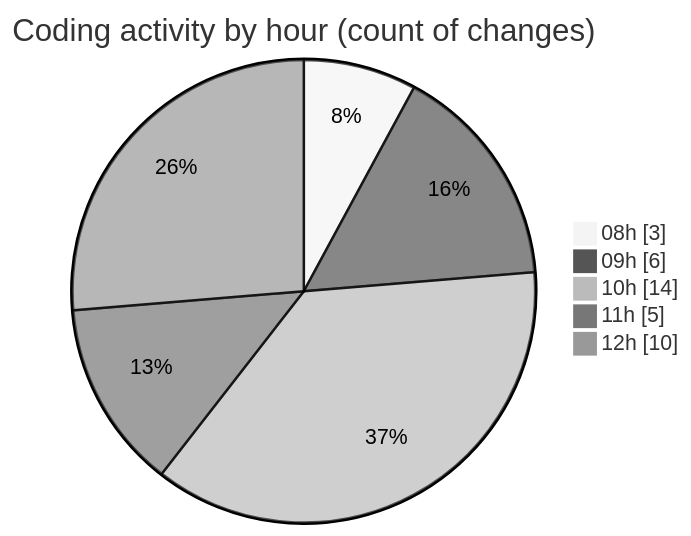
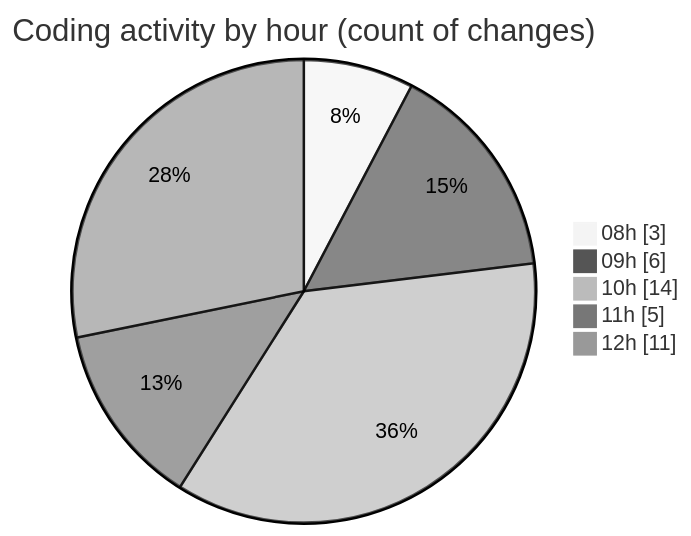
Before and after one commit to BS-eng2023/code-tracking: the second of 2 diagrams in 2025-04-01/jsvms/README.md, drawn with Mermaid (neutral theme). The commit also changed other lines of this file and 1 other file, not shown here.

````diff
--- a/2025-04-01/jsvms/README.md
+++ b/2025-04-01/jsvms/README.md
@@ -45,9 +45,9 @@
 ```mermaid
 pie showData
 title Coding activity by hour (count of changes)
 "08h" : 3
 "09h" : 6
 "10h" : 14
 "11h" : 5
-"12h" : 10
+"12h" : 11
 ```
````
